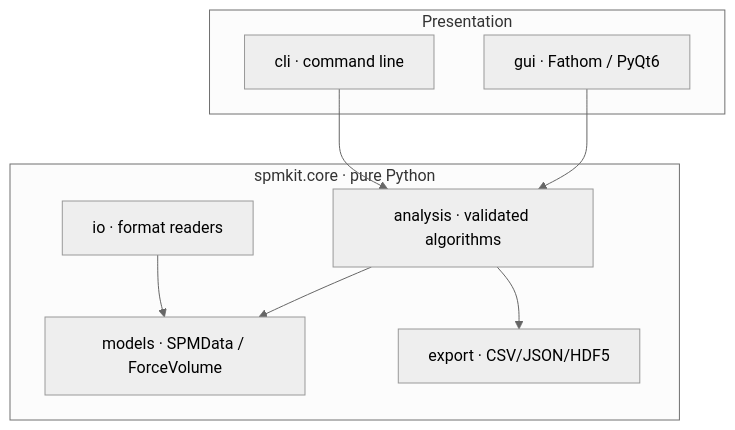
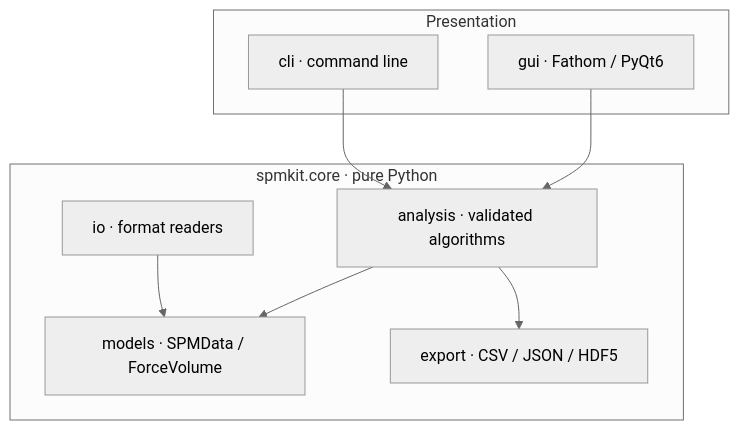
Before and after one commit to kegouro/spmkit: the first of 3 diagrams in README.en.md, drawn with Mermaid (neutral theme). The commit also changed other lines of this file and 10 other files, not shown here.

````diff
--- a/README.en.md
+++ b/README.en.md
@@ -172,18 +305,18 @@
 ```mermaid
 graph TD
-    subgraph Presentation
-        CLI[cli · command line]
-        GUI[gui · Fathom / PyQt6]
+    subgraph P["Presentation"]
+        CLI["cli · command line"]
+        GUI["gui · Fathom / PyQt6"]
     end
-    subgraph Core [spmkit.core · pure Python]
-        IO[io · format readers]
-        ANALYSIS[analysis · validated algorithms]
-        MODELS[models · SPMData / ForceVolume]
-        EXPORT[export · CSV/JSON/HDF5]
+    subgraph N["spmkit.core · pure Python"]
+        IO["io · format readers"]
+        ANALYSIS["analysis · validated algorithms"]
+        MODELS["models · SPMData / ForceVolume"]
+        EXPORT["export · CSV / JSON / HDF5"]
     end
     CLI --> ANALYSIS
     GUI --> ANALYSIS
     IO --> MODELS
     ANALYSIS --> MODELS
     ANALYSIS --> EXPORT
 ```
````
